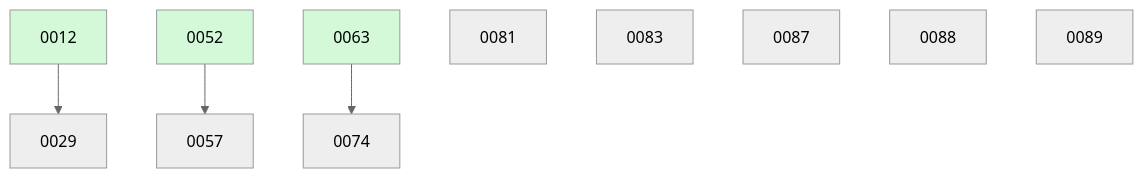
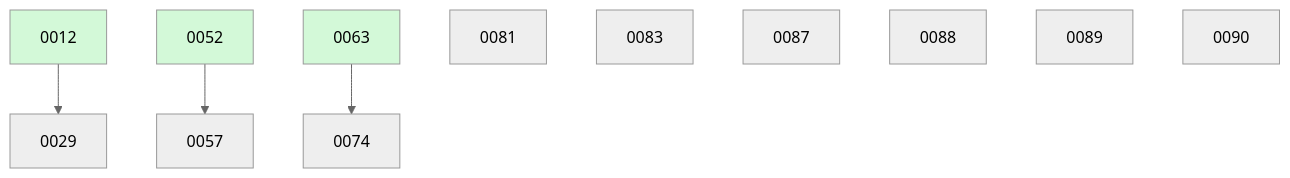
Before and after one commit to ethanhinson/fuse: the diagram in docs/changes/BOARD.md, drawn with Mermaid (neutral theme). The commit also changed other lines of this file and 1 other file, not shown here.

````diff
--- a/docs/changes/BOARD.md
+++ b/docs/changes/BOARD.md
@@ -33,15 +34,16 @@
 ```mermaid
 graph TD
   0012 --> 0029
   0052 --> 0057
   0063 --> 0074
   0081
   0083
   0087
   0088
   0089
+  0090
   0012:::done
   0052:::done
   0063:::done
   classDef done fill:#d3f9d8;
 ```
````
